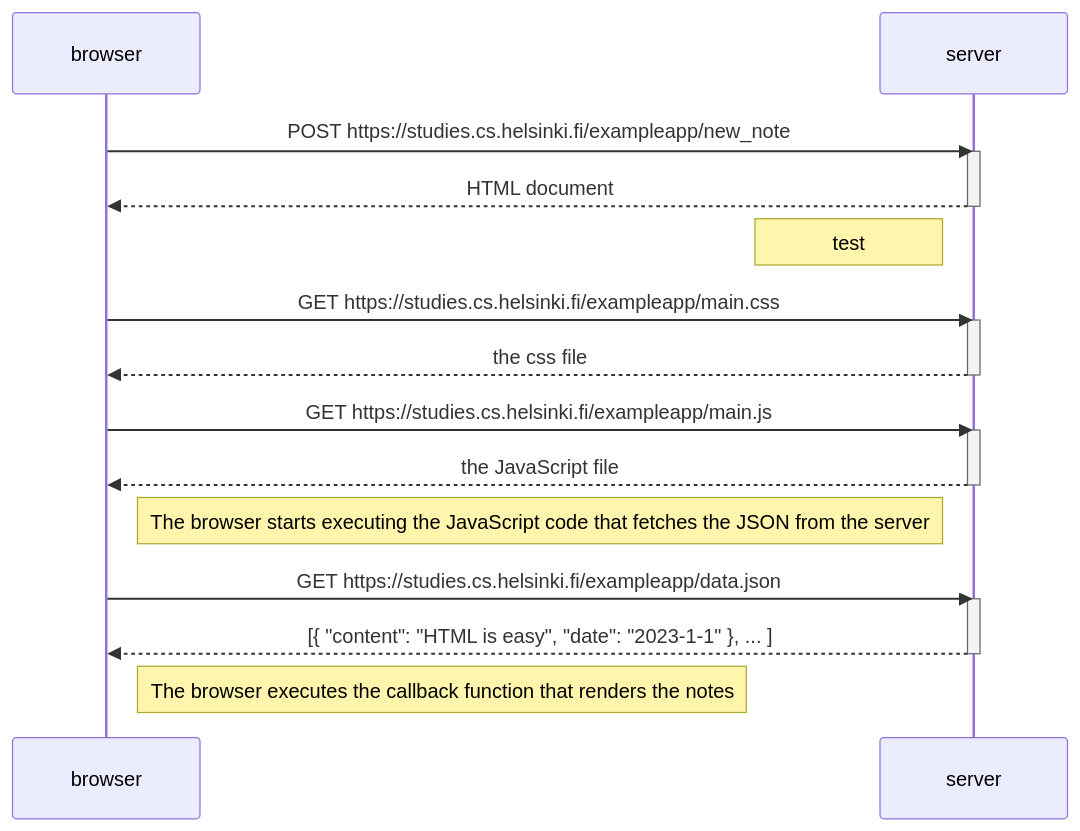
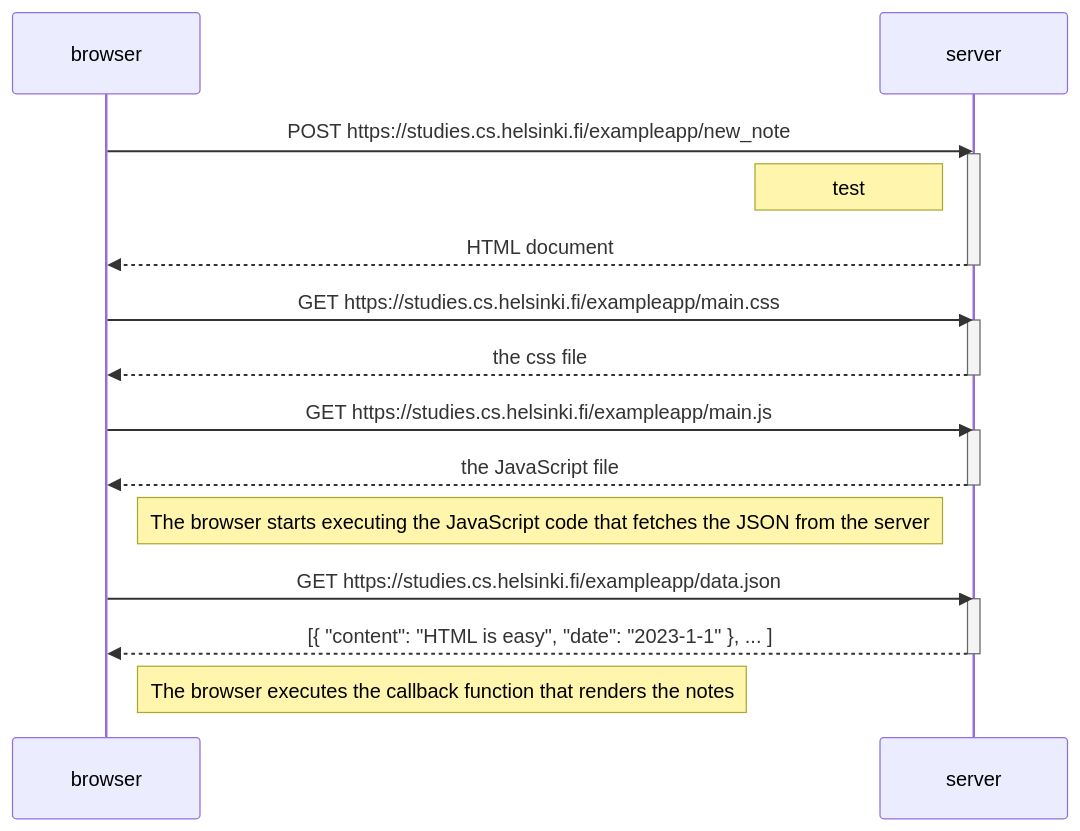
One commit to KaomN/full_stack_open changed the diagram in part0/04/new_note_diagram.md. Above: the diagram before and after it, drawn with Mermaid. The commit also changed other lines of this file, not shown here.

````diff
--- a/part0/04/new_note_diagram.md
+++ b/part0/04/new_note_diagram.md
@@ -1,30 +1,30 @@
 ```mermaid
 sequenceDiagram
 	participant browser
 	participant server
 	
 	browser->>server: POST https://studies.cs.helsinki.fi/exampleapp/new_note
 	activate server
+	Note left of server: test
 	server-->>browser: HTML document
 	deactivate server
-	Note left of server: test
 	
 	browser->>server: GET https://studies.cs.helsinki.fi/exampleapp/main.css
 	activate server
 	server-->>browser: the css file
 	deactivate server
 	
 	browser->>server: GET https://studies.cs.helsinki.fi/exampleapp/main.js
 	activate server
 	server-->>browser: the JavaScript file
 	deactivate server
 	
 	Note right of browser: The browser starts executing the JavaScript code that fetches the JSON from the server
 	
 	browser->>server: GET https://studies.cs.helsinki.fi/exampleapp/data.json
 	activate server
 	server-->>browser: [{ "content": "HTML is easy", "date": "2023-1-1" }, ... ]
 	deactivate server    
 
 	Note right of browser: The browser executes the callback function that renders the notes 
 ```
````
